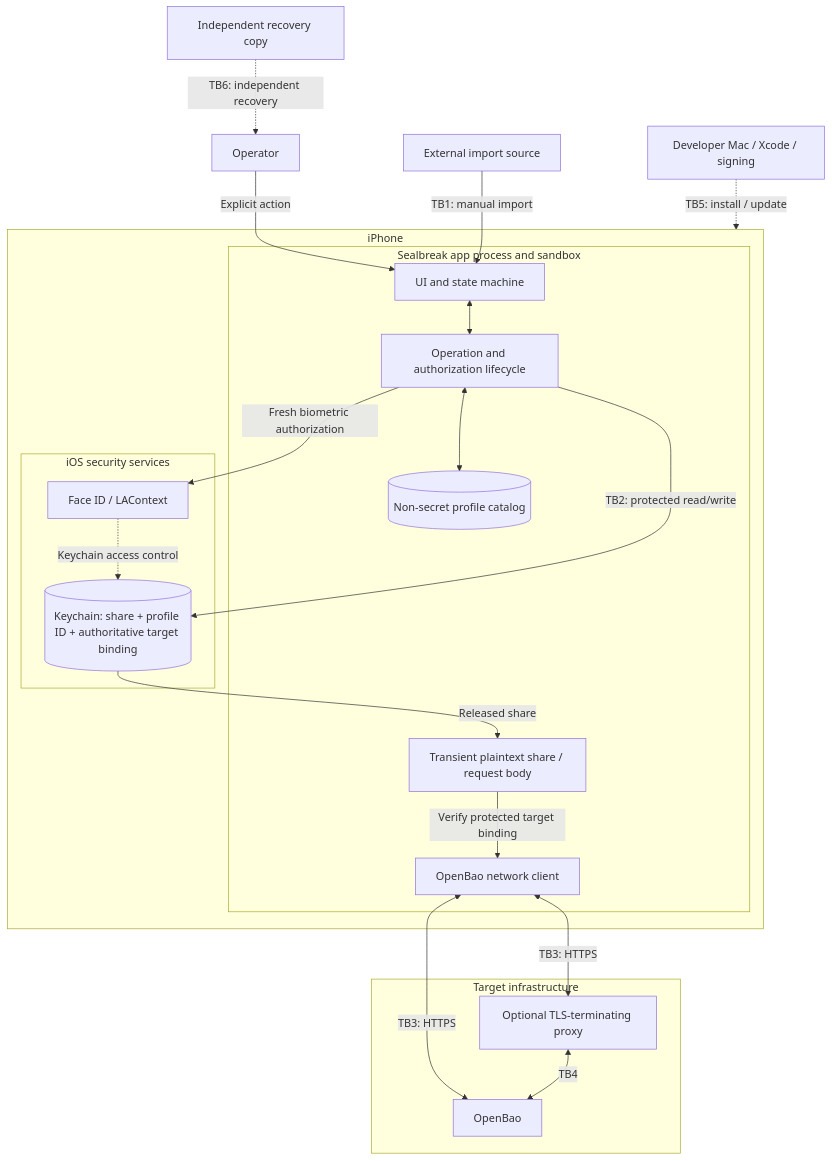
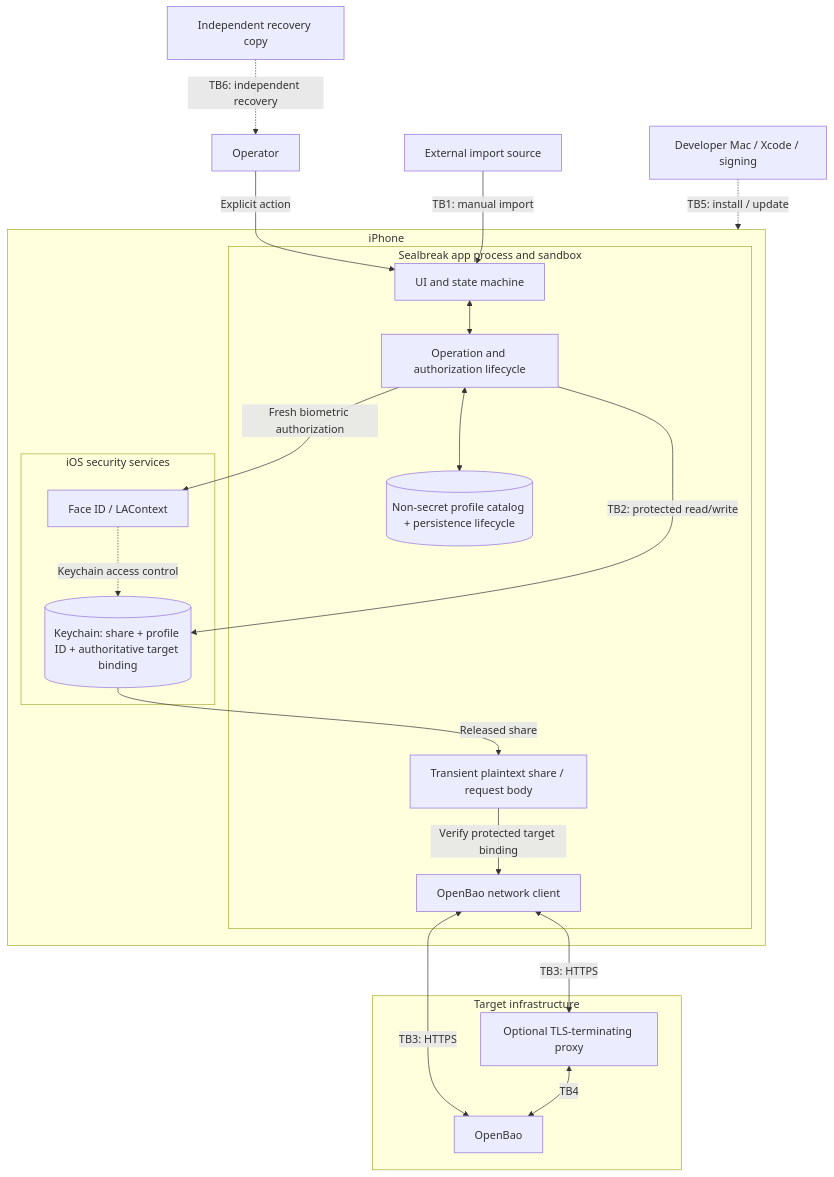
The first of 2 diagrams in THREAT_MODEL.md (GeorgesAlkhouri/sealbreak), drawn with Mermaid before and after one commit. The commit also changed other lines of this file and 14 other files, not shown here.

````diff
--- a/THREAT_MODEL.md
+++ b/THREAT_MODEL.md
@@ -58,45 +58,45 @@
 ```mermaid
 flowchart TB
     OP["Operator"]
     IMPORT["External import source"]
     REC["Independent recovery copy"]
     BUILD["Developer Mac / Xcode / signing"]
 
     subgraph PHONE["iPhone"]
         subgraph APP["Sealbreak app process and sandbox"]
             UI["UI and state machine"]
             MODEL["Operation and authorization lifecycle"]
-            DISPLAY[("Non-secret profile catalog")]
+            DISPLAY[("Non-secret profile catalog + persistence lifecycle")]
             MEM["Transient plaintext share / request body"]
             NET["OpenBao network client"]
         end
 
         subgraph IOS["iOS security services"]
             AUTH["Face ID / LAContext"]
             KC[("Keychain: share + profile ID + authoritative target binding")]
         end
     end
 
     subgraph TARGET["Target infrastructure"]
         PROXY["Optional TLS-terminating proxy"]
         BAO["OpenBao"]
     end
 
     OP -->|"Explicit action"| UI
     IMPORT -->|"TB1: manual import"| UI
     BUILD -.->|"TB5: install / update"| APP
 
     UI <--> MODEL
     MODEL <--> DISPLAY
     MODEL -->|"Fresh biometric authorization"| AUTH
     AUTH -.->|"Keychain access control"| KC
     MODEL -->|"TB2: protected read/write"| KC
     KC -->|"Released share"| MEM
     MEM -->|"Verify protected target binding"| NET
 
     NET <-->|"TB3: HTTPS"| BAO
     NET <-->|"TB3: HTTPS"| PROXY
     PROXY <-->|"TB4"| BAO
 
     REC -.->|"TB6: independent recovery"| OP
 ```
````
